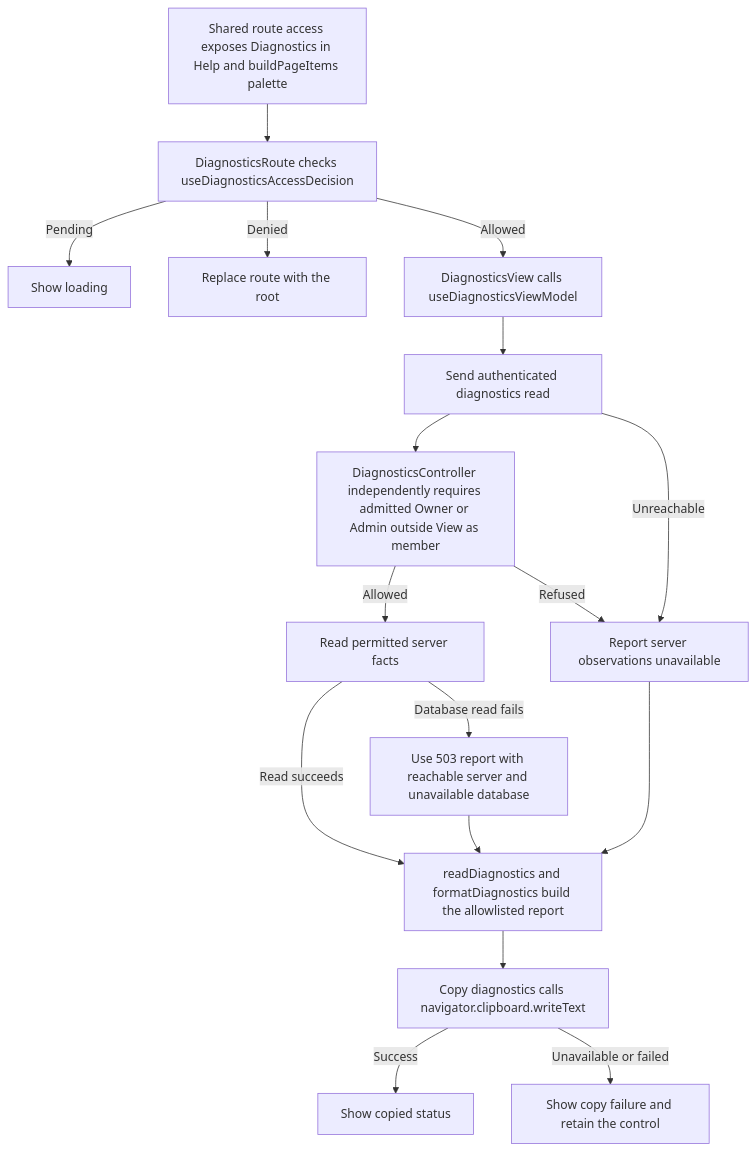
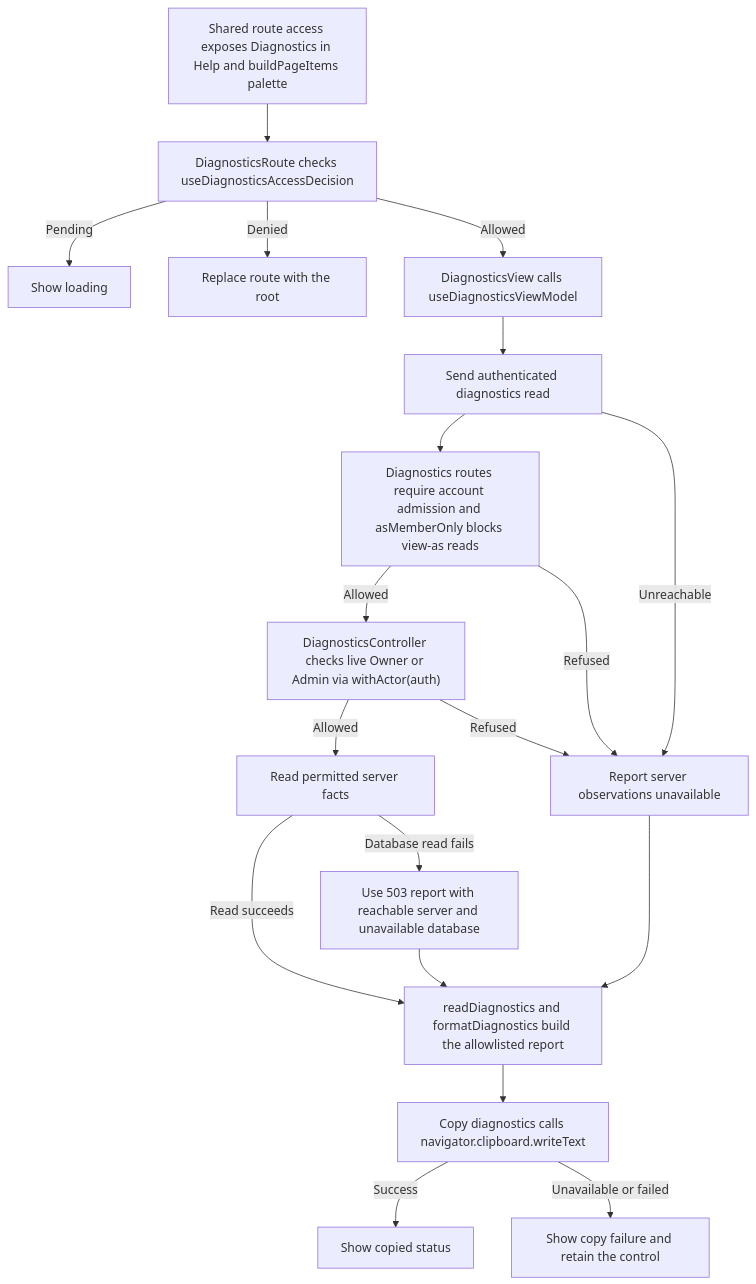
One commit to Kevinjohn/capacitylens changed the second of 2 diagrams in user-stories/settings/US-SET-16-diagnostics.md. Above: the diagram before and after it, drawn with Mermaid. The commit also changed 26 other files, not shown here.

````diff
--- a/user-stories/settings/US-SET-16-diagnostics.md
+++ b/user-stories/settings/US-SET-16-diagnostics.md
@@ -29,19 +29,21 @@
 ```mermaid
 flowchart TD
   visibility["Shared route access exposes Diagnostics in Help and buildPageItems palette"] --> route["DiagnosticsRoute checks useDiagnosticsAccessDecision"]
   route -->|Pending| loading["Show loading"]
   route -->|Denied| redirect["Replace route with the root"]
   route -->|Allowed| page["DiagnosticsView calls useDiagnosticsViewModel"]
   page --> request["Send authenticated diagnostics read"]
-  request --> authorize["DiagnosticsController independently requires admitted Owner or Admin outside View as member"]
+  request --> gate["Diagnostics routes require account admission and asMemberOnly blocks view-as reads"]
+  gate -->|Allowed| authorize["DiagnosticsController checks live Owner or Admin via withActor(auth)"]
+  gate -->|Refused| fallback
   authorize -->|Allowed| response["Read permitted server facts"]
   authorize -->|Refused| fallback["Report server observations unavailable"]
   request -->|Unreachable| fallback
   response -->|Read succeeds| format["readDiagnostics and formatDiagnostics build the allowlisted report"]
   response -->|Database read fails| partial["Use 503 report with reachable server and unavailable database"]
   partial --> format
   fallback --> format
   format --> copy["Copy diagnostics calls navigator.clipboard.writeText"]
   copy -->|Success| copied["Show copied status"]
   copy -->|Unavailable or failed| retry["Show copy failure and retain the control"]
 ```
````
